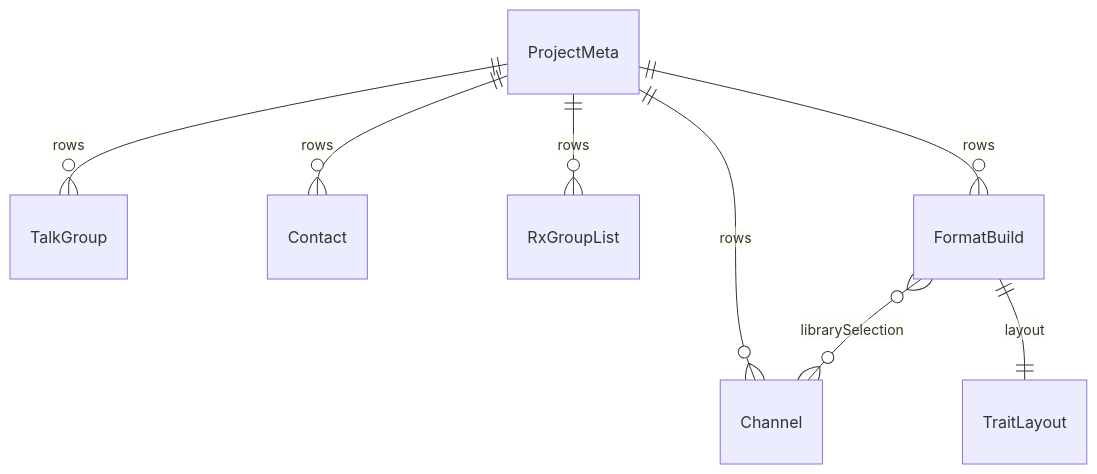
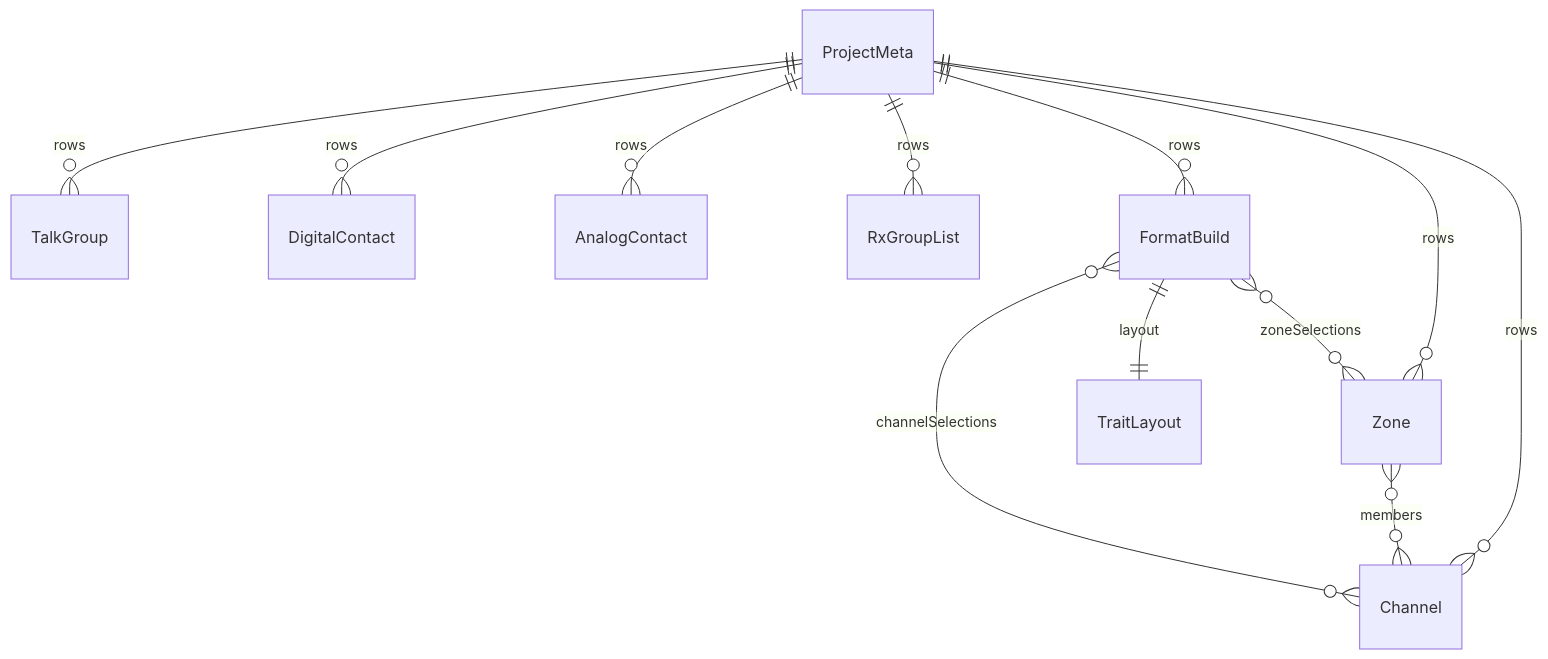
The diagram in docs/features/data-model/README.md (pskillen/codeplug-studio), drawn with Mermaid before and after one commit. The commit also changed other lines of this file and 11 other files, not shown here.

First line of the commit message:
feat(core): zones in library and typed build selections

````diff
--- a/docs/features/data-model/README.md
+++ b/docs/features/data-model/README.md
@@ -13,10 +13,14 @@
 ```mermaid
 erDiagram
   ProjectMeta ||--o{ Channel : rows
+  ProjectMeta ||--o{ Zone : rows
   ProjectMeta ||--o{ TalkGroup : rows
-  ProjectMeta ||--o{ Contact : rows
+  ProjectMeta ||--o{ DigitalContact : rows
+  ProjectMeta ||--o{ AnalogContact : rows
   ProjectMeta ||--o{ RxGroupList : rows
   ProjectMeta ||--o{ FormatBuild : rows
-  FormatBuild }o--o{ Channel : librarySelection
+  Zone }o--o{ Channel : members
+  FormatBuild }o--o{ Channel : channelSelections
+  FormatBuild }o--o{ Zone : zoneSelections
   FormatBuild ||--|| TraitLayout : layout
 ```
````
